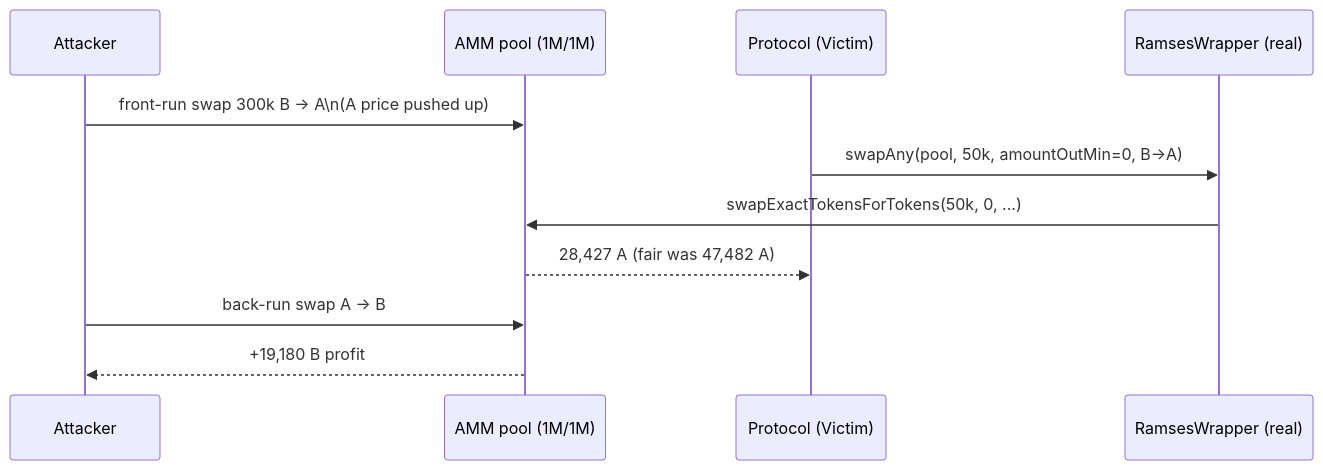
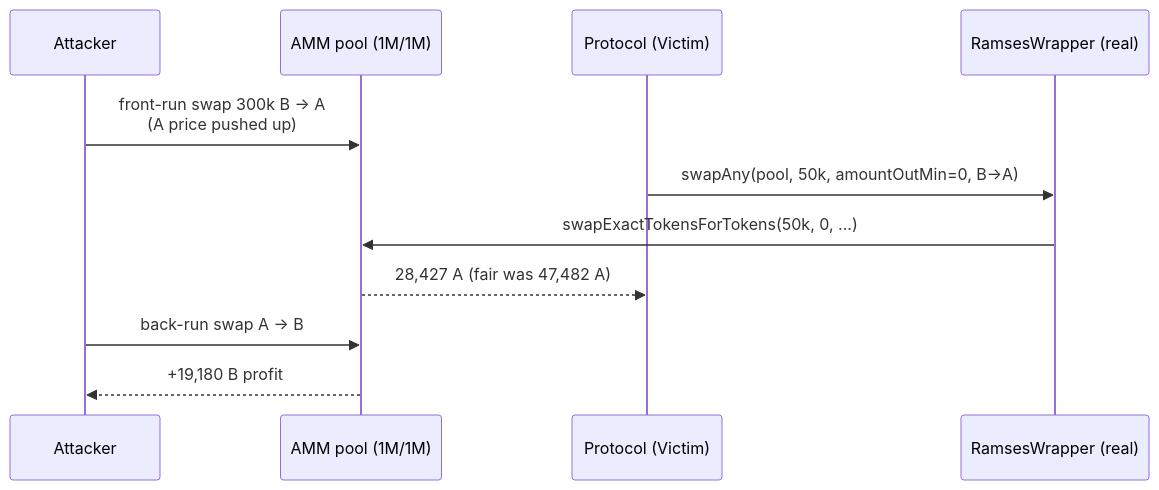
The diagram in 51371-exploiting-zero-amountoutmin-in-dexwrappers-for-mev-attacks_exp/51371-exploiting-zero-amountoutmin-in-dexwrappers-for-mev-attacks_exp.md (sanbir/evm-hack-registry), drawn with Mermaid before and after one commit. The commit also changed 23 other files, not shown here.

````diff
--- a/51371-exploiting-zero-amountoutmin-in-dexwrappers-for-mev-attacks_exp/51371-exploiting-zero-amountoutmin-in-dexwrappers-for-mev-attacks_exp.md
+++ b/51371-exploiting-zero-amountoutmin-in-dexwrappers-for-mev-attacks_exp/51371-exploiting-zero-amountoutmin-in-dexwrappers-for-mev-attacks_exp.md
@@ -61,13 +61,13 @@
 ```mermaid
 sequenceDiagram
     participant Atk as Attacker
     participant Pool as AMM pool (1M/1M)
     participant Prot as Protocol (Victim)
     participant Wrap as RamsesWrapper (real)
-    Atk->>Pool: front-run swap 300k B -> A\n(A price pushed up)
+    Atk->>Pool: front-run swap 300k B -> A<br/>(A price pushed up)
     Prot->>Wrap: swapAny(pool, 50k, amountOutMin=0, B->A)
     Wrap->>Pool: swapExactTokensForTokens(50k, 0, ...)
     Pool-->>Prot: 28,427 A  (fair was 47,482 A)
     Atk->>Pool: back-run swap A -> B
     Pool-->>Atk: +19,180 B profit
 ```
````
